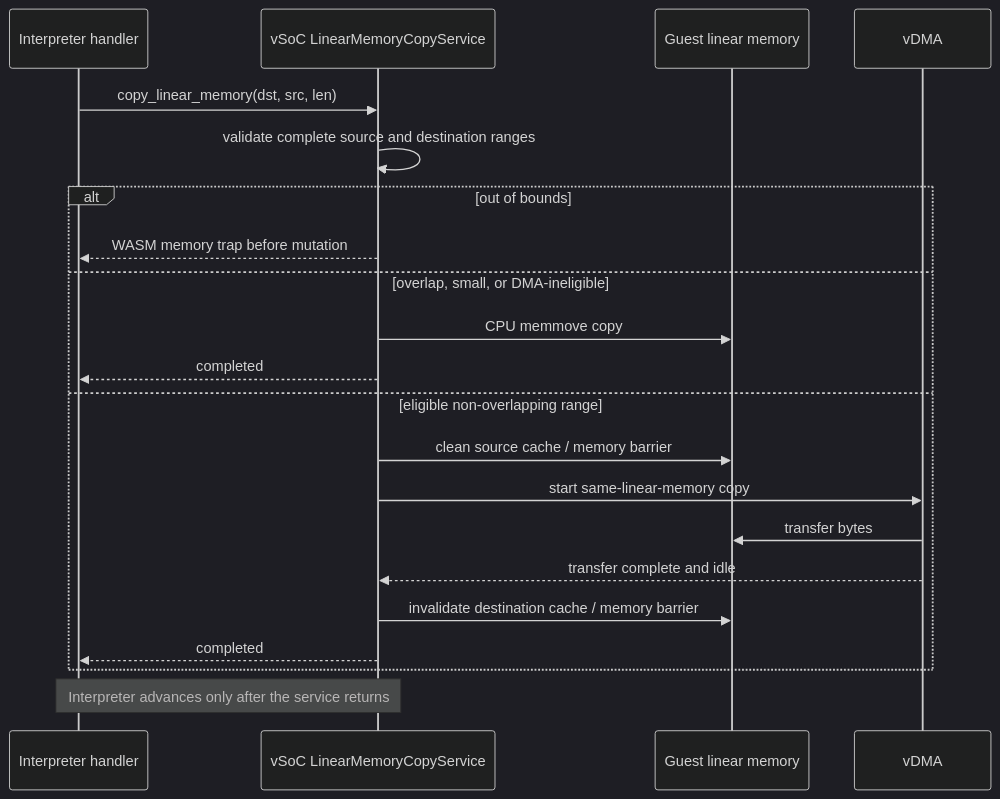
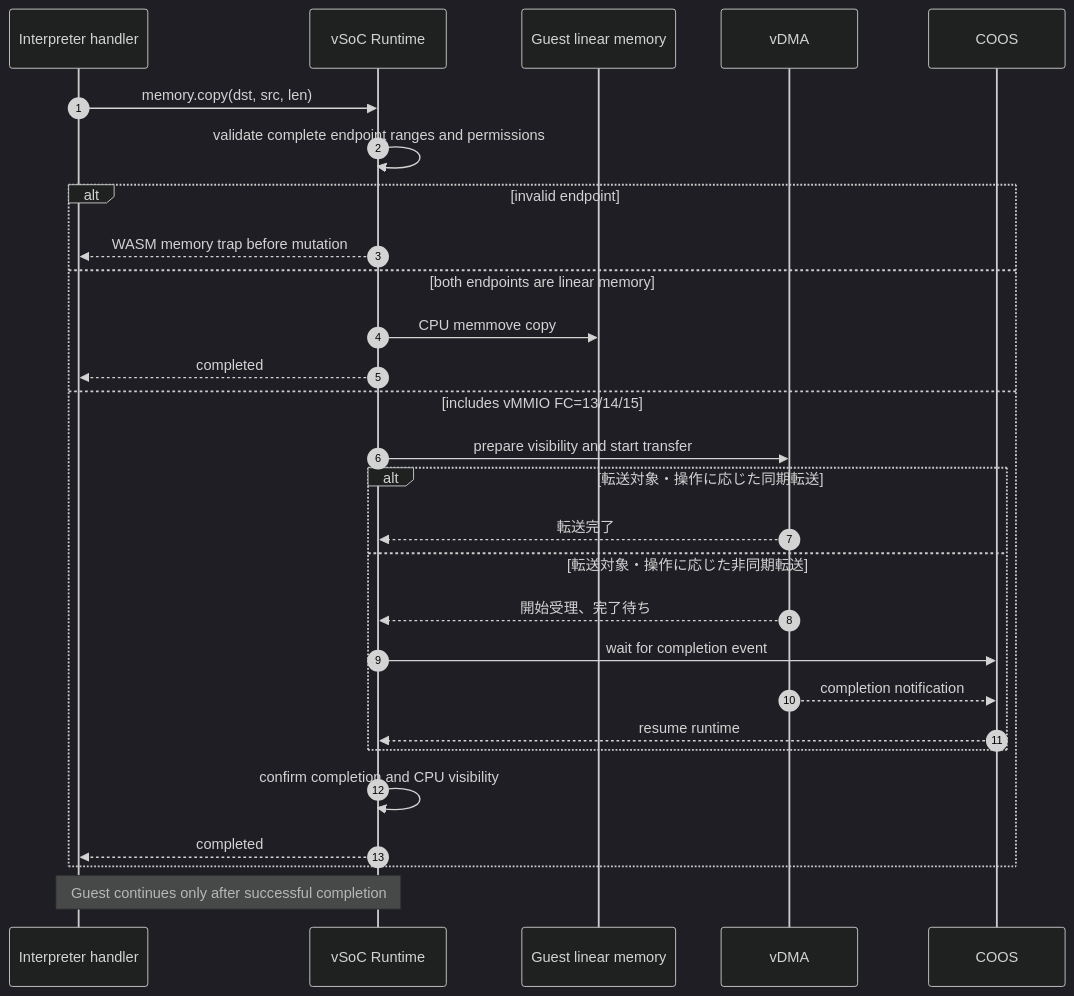
Before and after one commit to kmt-t/fireball: the sixth of 7 diagrams in docs/components/tier2_runtime/runtime_vsoc.md, drawn with Mermaid (dark theme). The commit also changed other lines of this file and 151 other files, not shown here.

````diff
--- a/docs/components/tier2_runtime/runtime_vsoc.md
+++ b/docs/components/tier2_runtime/runtime_vsoc.md
@@ -420,24 +429,31 @@
 ```mermaid
 sequenceDiagram
+    autonumber
     participant I as Interpreter handler
-    participant S as vSoC LinearMemoryCopyService
+    participant R as vSoC Runtime
     participant M as Guest linear memory
     participant D as vDMA
+    participant C as COOS
 
-    I->>S: copy_linear_memory(dst, src, len)
-    S->>S: validate complete source and destination ranges
-    alt out of bounds
-        S-->>I: WASM memory trap before mutation
-    else overlap, small, or DMA-ineligible
-        S->>M: CPU memmove copy
-        S-->>I: completed
-    else eligible non-overlapping range
-        S->>M: clean source cache / memory barrier
-        S->>D: start same-linear-memory copy
-        D->>M: transfer bytes
-        D-->>S: transfer complete and idle
-        S->>M: invalidate destination cache / memory barrier
-        S-->>I: completed
+    I->>R: memory.copy(dst, src, len)
+    R->>R: validate complete endpoint ranges and permissions
+    alt invalid endpoint
+        R-->>I: WASM memory trap before mutation
+    else both endpoints are linear memory
+        R->>M: CPU memmove copy
+        R-->>I: completed
+    else includes vMMIO FC=13/14/15
+        R->>D: prepare visibility and start transfer
+        alt 転送対象・操作に応じた同期転送
+            D-->>R: 転送完了
+        else 転送対象・操作に応じた非同期転送
+            D-->>R: 開始受理、完了待ち
+            R->>C: wait for completion event
+            D-->>C: completion notification
+            C-->>R: resume runtime
+        end
+        R->>R: confirm completion and CPU visibility
+        R-->>I: completed
     end
-    Note over I,S: Interpreter advances only after the service returns
+    Note over I,R: Guest continues only after successful completion
 ```
````
